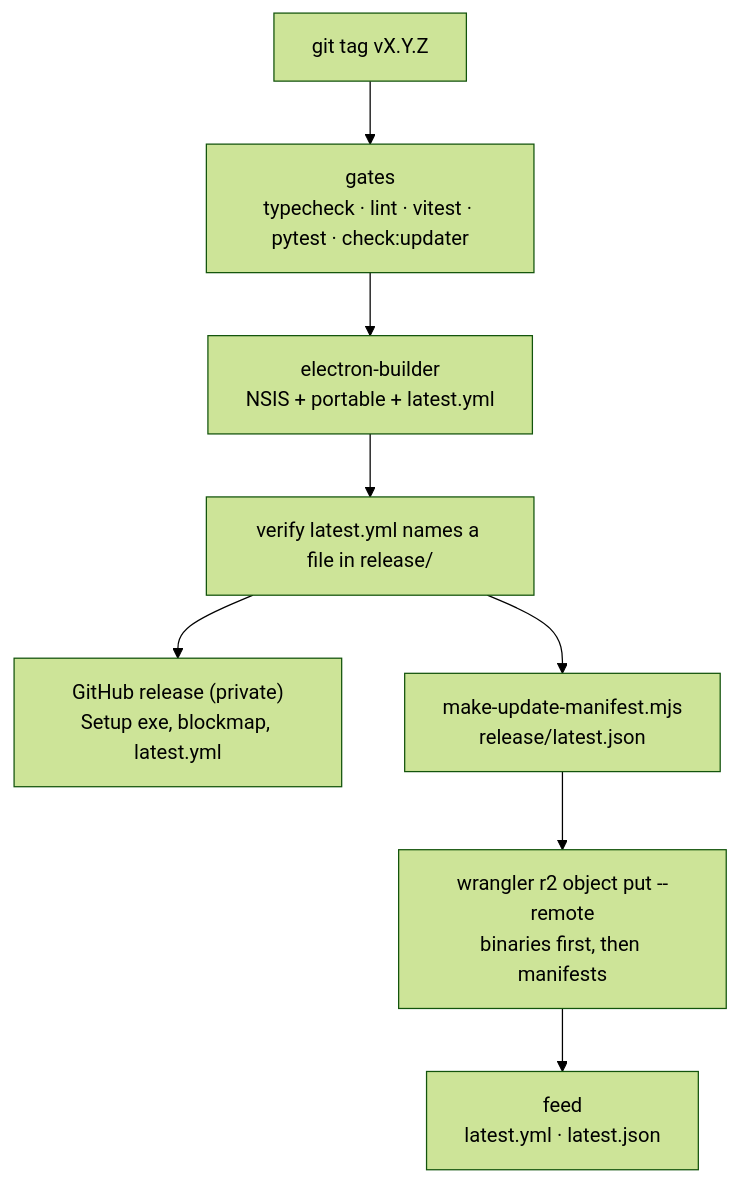
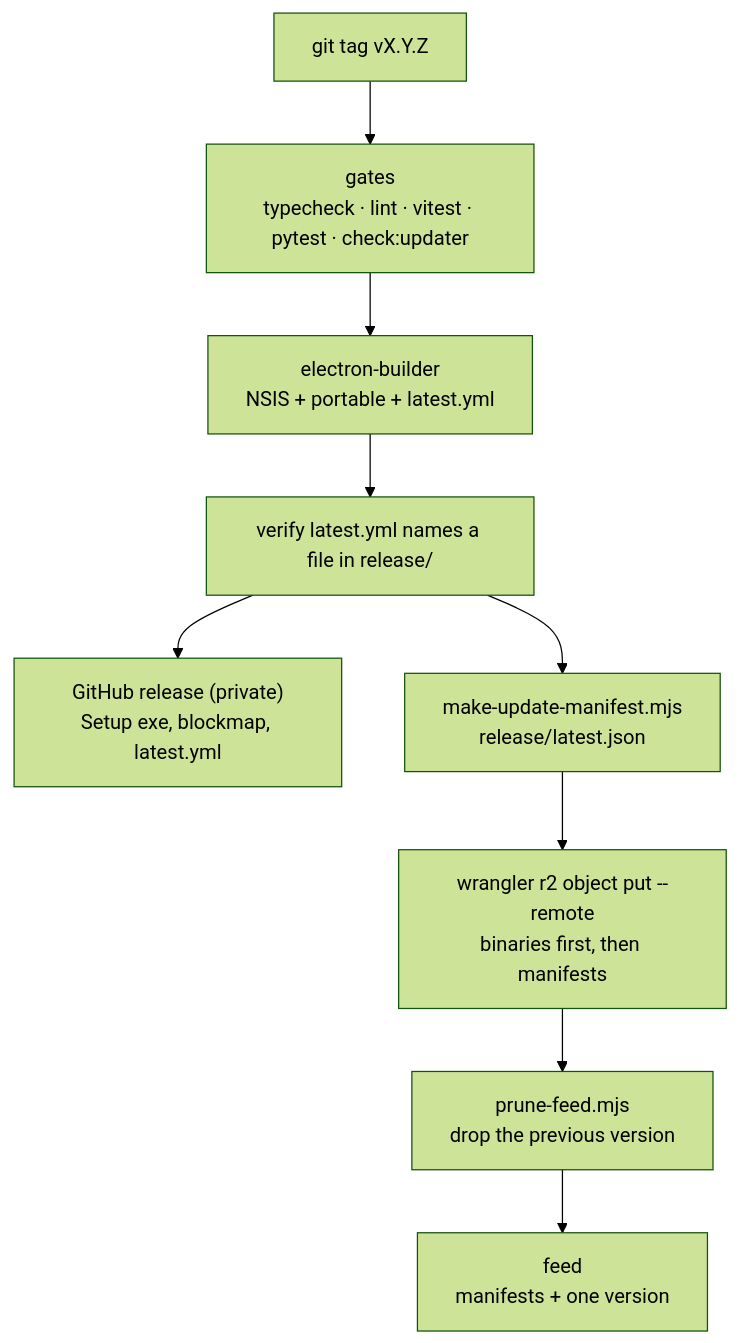
Before and after one commit to yassine808/RiotSwitcher: the first of 3 diagrams in docs/UPDATES.md, drawn with Mermaid (forest theme). The commit also changed other lines of this file and 4 other files, not shown here.

````diff
--- a/docs/UPDATES.md
+++ b/docs/UPDATES.md
@@ -77,10 +81,11 @@
 ```mermaid
 flowchart TD
   T["git tag vX.Y.Z"] --> GATE["gates<br/>typecheck · lint · vitest · pytest · check:updater"]
   GATE --> PACK["electron-builder<br/>NSIS + portable + latest.yml"]
   PACK --> VERIFY["verify latest.yml names a file in release/"]
   VERIFY --> GH["GitHub release (private)<br/>Setup exe, blockmap, latest.yml"]
   VERIFY --> MAN["make-update-manifest.mjs<br/>release/latest.json"]
   MAN --> R2["wrangler r2 object put --remote<br/>binaries first, then manifests"]
-  R2 --> FEED["feed<br/>latest.yml · latest.json"]
+  R2 --> PRUNE["prune-feed.mjs<br/>drop the previous version"]
+  PRUNE --> FEED["feed<br/>manifests + one version"]
 ```
````
